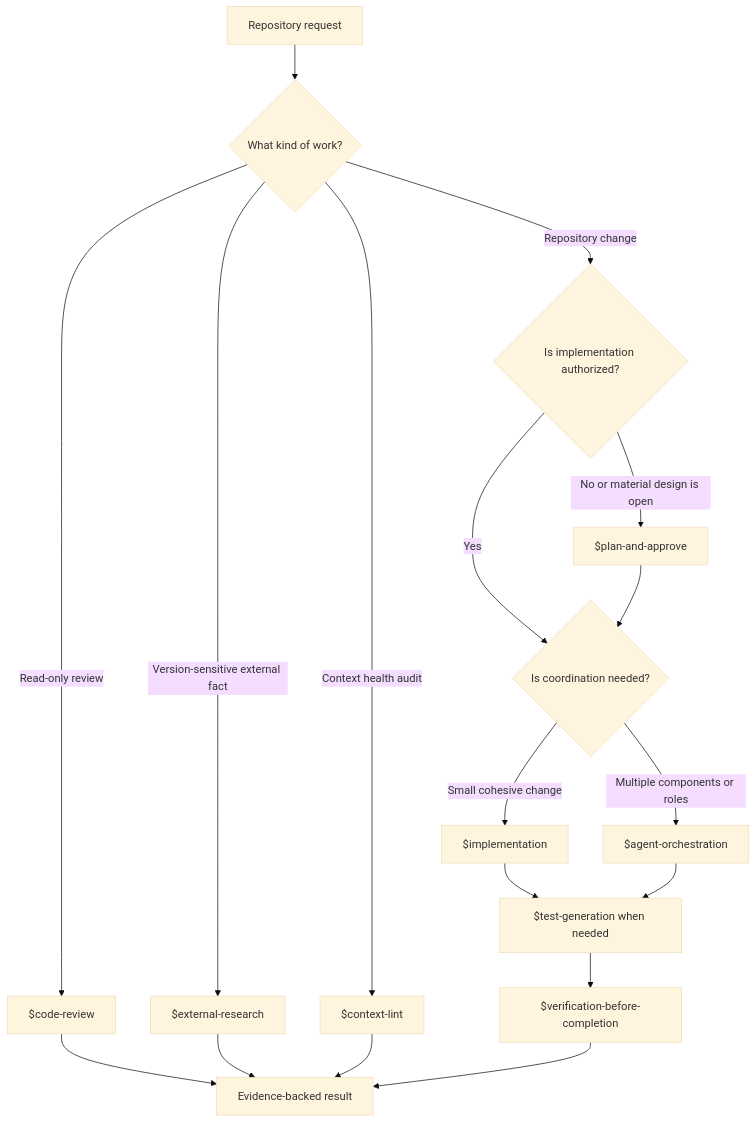
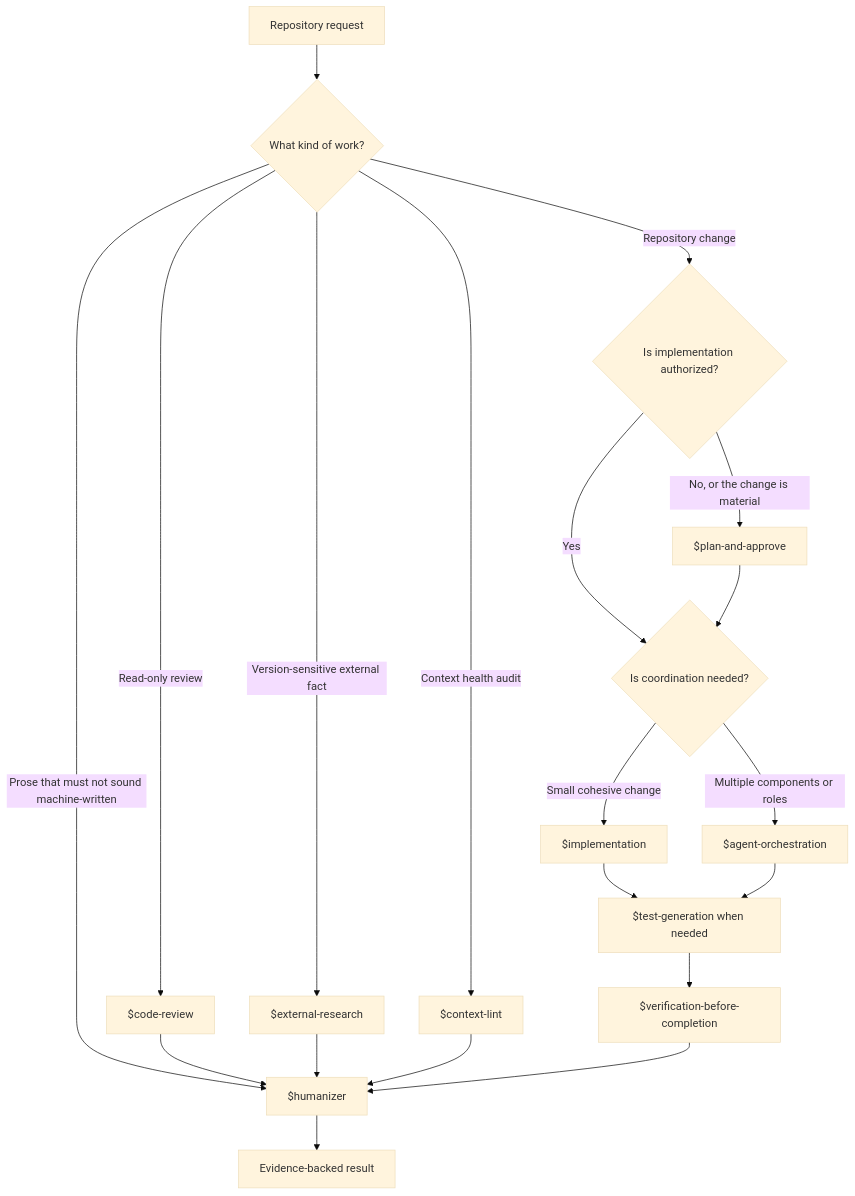
Before and after one commit to medeiroshudson/CodexAgent: the second of 5 diagrams in README.md, drawn with Mermaid (base theme). The commit also changed other lines of this file and 40 other files, not shown here.

````diff
--- a/README.md
+++ b/README.md
@@ -95,24 +96,26 @@
 ```mermaid
 flowchart TD
     Q["Repository request"] --> A{"What kind of work?"}
 
     A -->|"Read-only review"| CR["$code-review"]
     A -->|"Version-sensitive external fact"| ER["$external-research"]
     A -->|"Context health audit"| CL["$context-lint"]
+    A -->|"Prose that must not sound machine-written"| HZ["$humanizer"]
     A -->|"Repository change"| AUTH{"Is implementation authorized?"}
 
-    AUTH -->|"No or material design is open"| PA["$plan-and-approve"]
+    AUTH -->|"No, or the change is material"| PA["$plan-and-approve"]
     AUTH -->|"Yes"| SIZE{"Is coordination needed?"}
 
     PA --> SIZE
     SIZE -->|"Small cohesive change"| IM["$implementation"]
     SIZE -->|"Multiple components or roles"| AO["$agent-orchestration"]
 
     IM --> TG["$test-generation when needed"]
     AO --> TG
     TG --> VC["$verification-before-completion"]
-    CR --> DONE["Evidence-backed result"]
-    ER --> DONE
-    CL --> DONE
-    VC --> DONE
+    CR --> HZ
+    ER --> HZ
+    CL --> HZ
+    VC --> HZ
+    HZ --> DONE["Evidence-backed result"]
 ```
````
